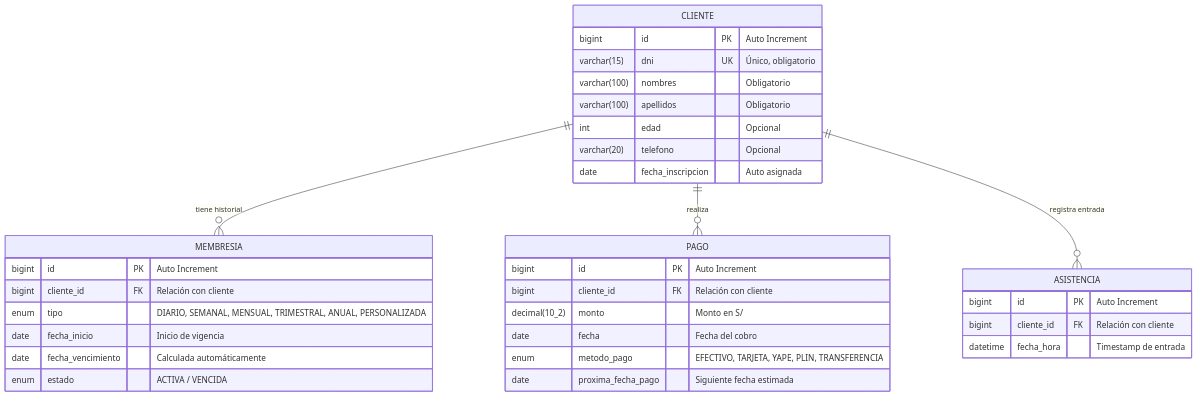
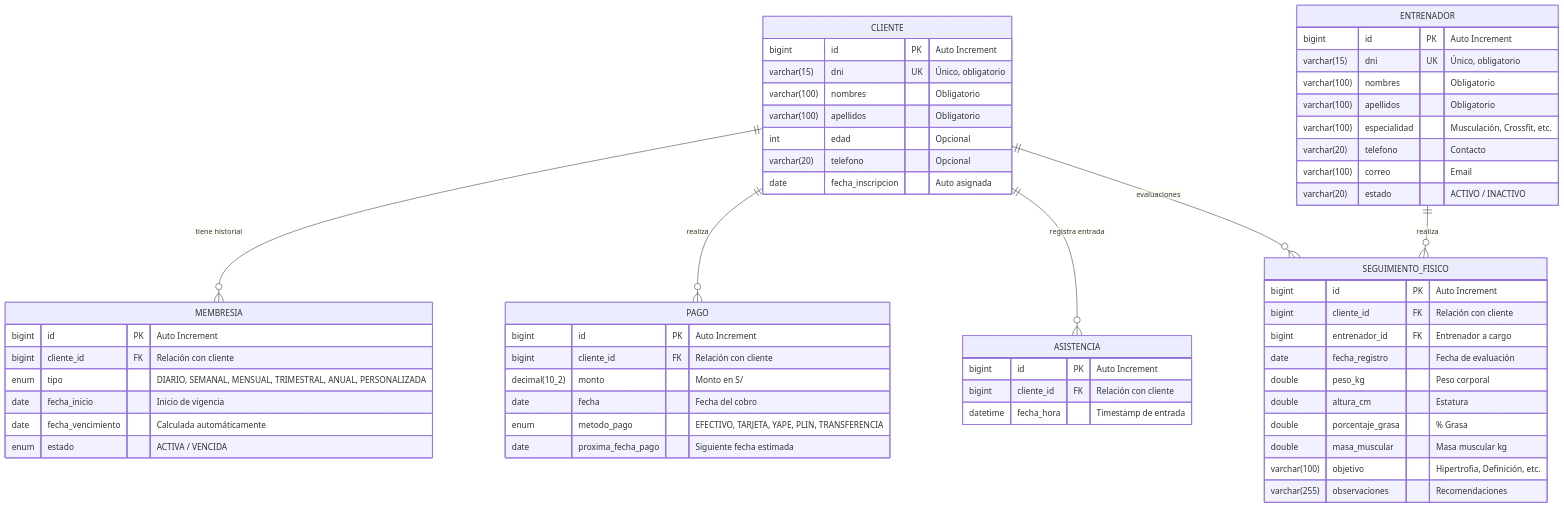
One commit to KinglotusPe/Proyecto_final_AplicacionesWeb changed the diagram in README.md. Above: the diagram before and after it, drawn with Mermaid. The commit also changed other lines of this file and 18 other files, not shown here.

````diff
--- a/README.md
+++ b/README.md
@@ -45,40 +45,66 @@
 ```mermaid
 erDiagram
     CLIENTE ||--o{ MEMBRESIA : "tiene historial"
     CLIENTE ||--o{ PAGO : "realiza"
     CLIENTE ||--o{ ASISTENCIA : "registra entrada"
+    CLIENTE ||--o{ SEGUIMIENTO_FISICO : "evaluaciones"
+    ENTRENADOR ||--o{ SEGUIMIENTO_FISICO : "realiza"
 
     CLIENTE {
         bigint id PK "Auto Increment"
         varchar(15) dni UK "Único, obligatorio"
         varchar(100) nombres "Obligatorio"
         varchar(100) apellidos "Obligatorio"
         int edad "Opcional"
         varchar(20) telefono "Opcional"
         date fecha_inscripcion "Auto asignada"
+    }
+
+    ENTRENADOR {
+        bigint id PK "Auto Increment"
+        varchar(15) dni UK "Único, obligatorio"
+        varchar(100) nombres "Obligatorio"
+        varchar(100) apellidos "Obligatorio"
+        varchar(100) especialidad "Musculación, Crossfit, etc."
+        varchar(20) telefono "Contacto"
+        varchar(100) correo "Email"
+        varchar(20) estado "ACTIVO / INACTIVO"
     }
 
     MEMBRESIA {
         bigint id PK "Auto Increment"
         bigint cliente_id FK "Relación con cliente"
         enum tipo "DIARIO, SEMANAL, MENSUAL, TRIMESTRAL, ANUAL, PERSONALIZADA"
         date fecha_inicio "Inicio de vigencia"
         date fecha_vencimiento "Calculada automáticamente"
         enum estado "ACTIVA / VENCIDA"
     }
 
     PAGO {
         bigint id PK "Auto Increment"
         bigint cliente_id FK "Relación con cliente"
         decimal(10_2) monto "Monto en S/"
         date fecha "Fecha del cobro"
         enum metodo_pago "EFECTIVO, TARJETA, YAPE, PLIN, TRANSFERENCIA"
         date proxima_fecha_pago "Siguiente fecha estimada"
     }
 
     ASISTENCIA {
         bigint id PK "Auto Increment"
         bigint cliente_id FK "Relación con cliente"
         datetime fecha_hora "Timestamp de entrada"
     }
+
+    SEGUIMIENTO_FISICO {
+        bigint id PK "Auto Increment"
+        bigint cliente_id FK "Relación con cliente"
+        bigint entrenador_id FK "Entrenador a cargo"
+        date fecha_registro "Fecha de evaluación"
+        double peso_kg "Peso corporal"
+        double altura_cm "Estatura"
+        double porcentaje_grasa "% Grasa"
+        double masa_muscular "Masa muscular kg"
+        varchar(100) objetivo "Hipertrofia, Definición, etc."
+        varchar(255) observaciones "Recomendaciones"
+    }
 ```
````
